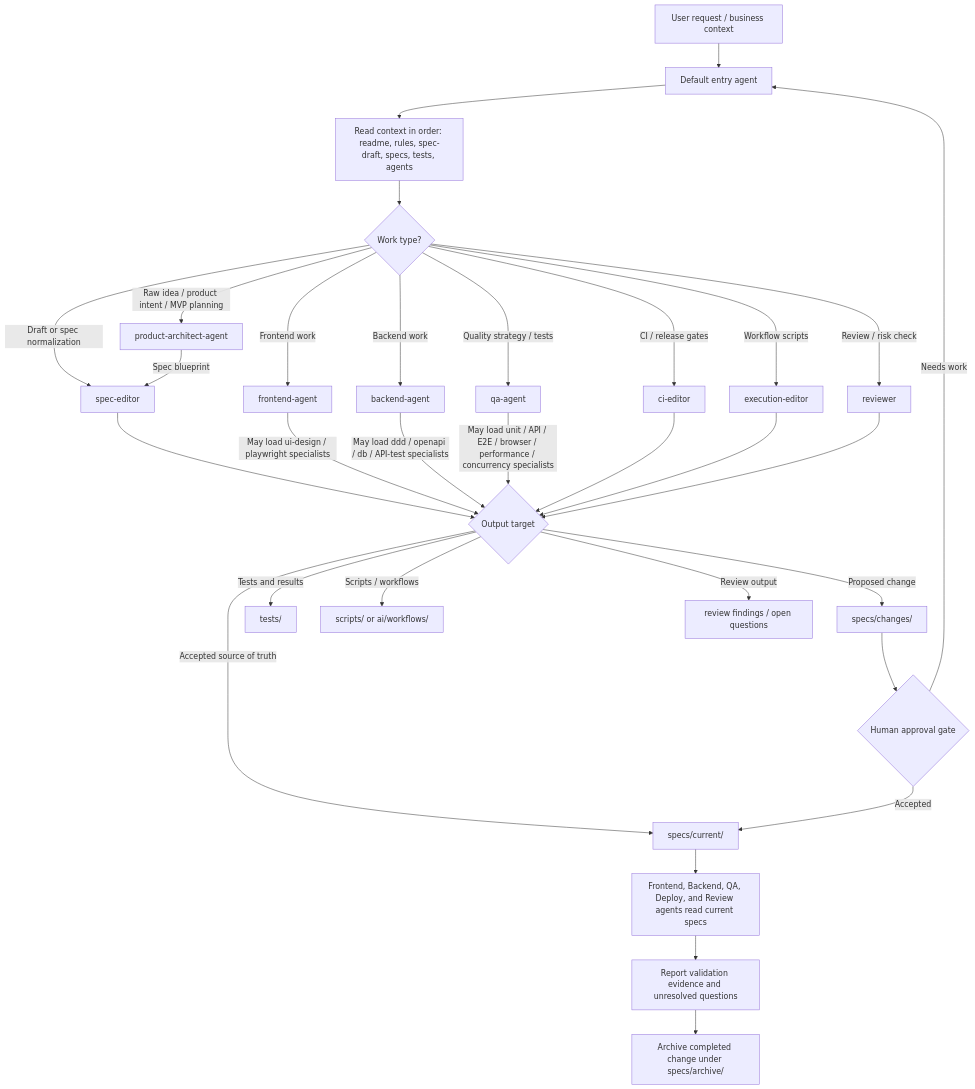
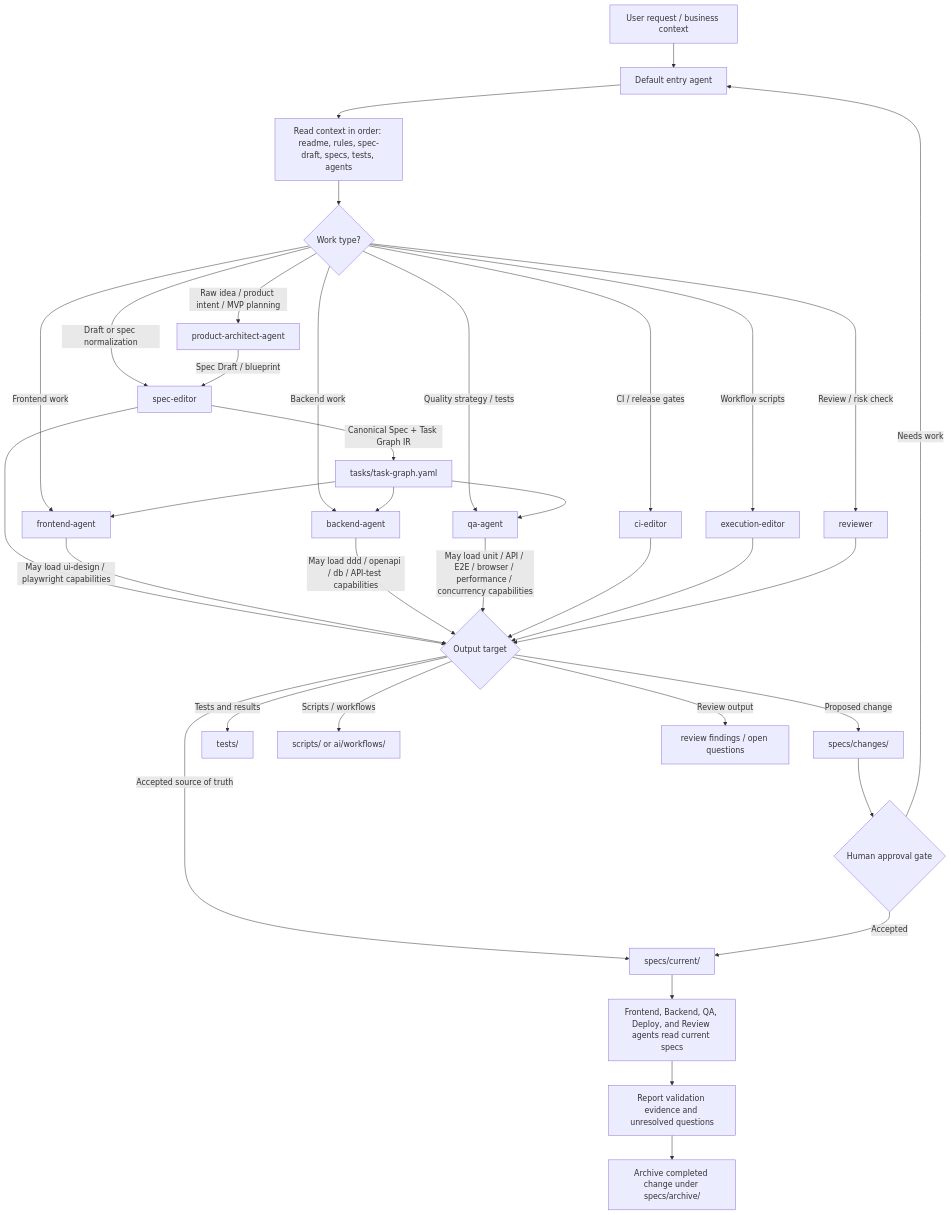
One commit to liquiid727/SpecOps-Web-Console changed the diagram in .agents/README.md. Above: the diagram before and after it, drawn with Mermaid. The commit also changed other lines of this file and 24 other files, not shown here.

Commit message:
Add task graph IR compiler flow

````diff
--- a/.agents/README.md
+++ b/.agents/README.md
@@ -39,37 +39,41 @@
 ```mermaid
 flowchart TD
   A["User request / business context"] --> B["Default entry agent"]
   B --> C["Read context in order: readme, rules, spec-draft, specs, tests, agents"]
   C --> D{"Work type?"}
 
   D -->|Raw idea / product intent / MVP planning| PA["product-architect-agent"]
   D -->|Draft or spec normalization| E["spec-editor"]
   D -->|Frontend work| FE["frontend-agent"]
   D -->|Backend work| BE["backend-agent"]
   D -->|Quality strategy / tests| QA["qa-agent"]
   D -->|CI / release gates| N["ci-editor"]
   D -->|Workflow scripts| O["execution-editor"]
   D -->|Review / risk check| P["reviewer"]
 
-  PA -->|Spec blueprint| E
+  PA -->|Spec Draft / blueprint| E
   E --> Q{"Output target"}
-  FE -->|May load ui-design / playwright specialists| Q
-  BE -->|May load ddd / openapi / db / API-test specialists| Q
-  QA -->|May load unit / API / E2E / browser / performance / concurrency specialists| Q
+  E -->|Canonical Spec + Task Graph IR| TG["tasks/task-graph.yaml"]
+  TG --> FE
+  TG --> BE
+  TG --> QA
+  FE -->|May load ui-design / playwright capabilities| Q
+  BE -->|May load ddd / openapi / db / API-test capabilities| Q
+  QA -->|May load unit / API / E2E / browser / performance / concurrency capabilities| Q
   N --> Q
   O --> Q
   P --> Q
 
   Q -->|Proposed change| R["specs/changes/<change-id>"]
   Q -->|Accepted source of truth| S["specs/current/"]
   Q -->|Tests and results| T["tests/"]
   Q -->|Scripts / workflows| U["scripts/ or ai/workflows/"]
   Q -->|Review output| V["review findings / open questions"]
 
   R --> W{"Human approval gate"}
   W -->|Accepted| S
   W -->|Needs work| B
   S --> X["Frontend, Backend, QA, Deploy, and Review agents read current specs"]
   X --> Y["Report validation evidence and unresolved questions"]
   Y --> Z["Archive completed change under specs/archive/"]
 ```
````
